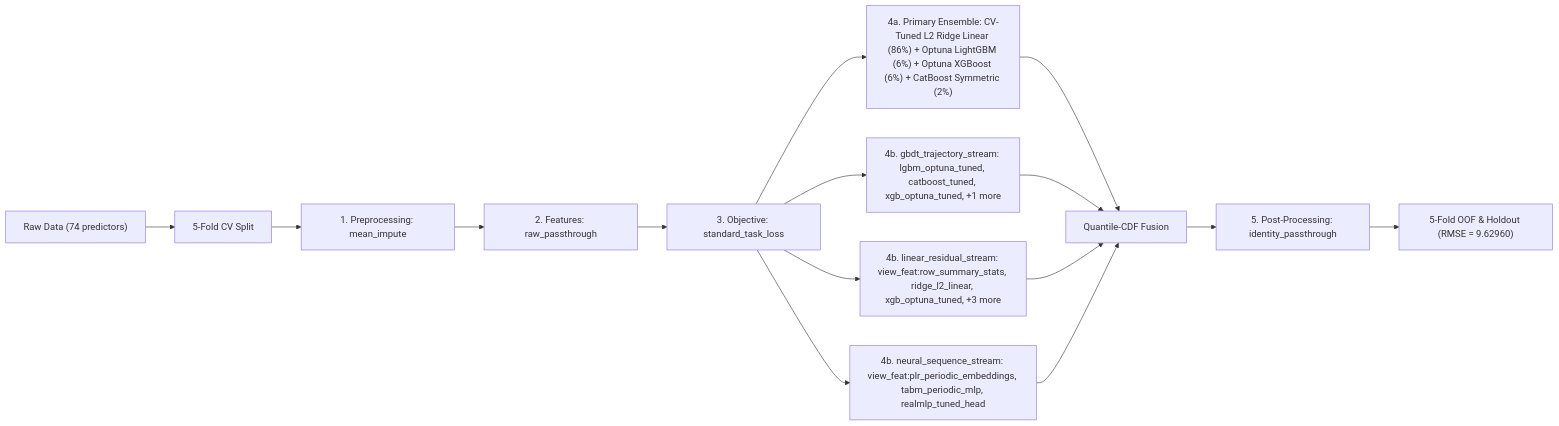
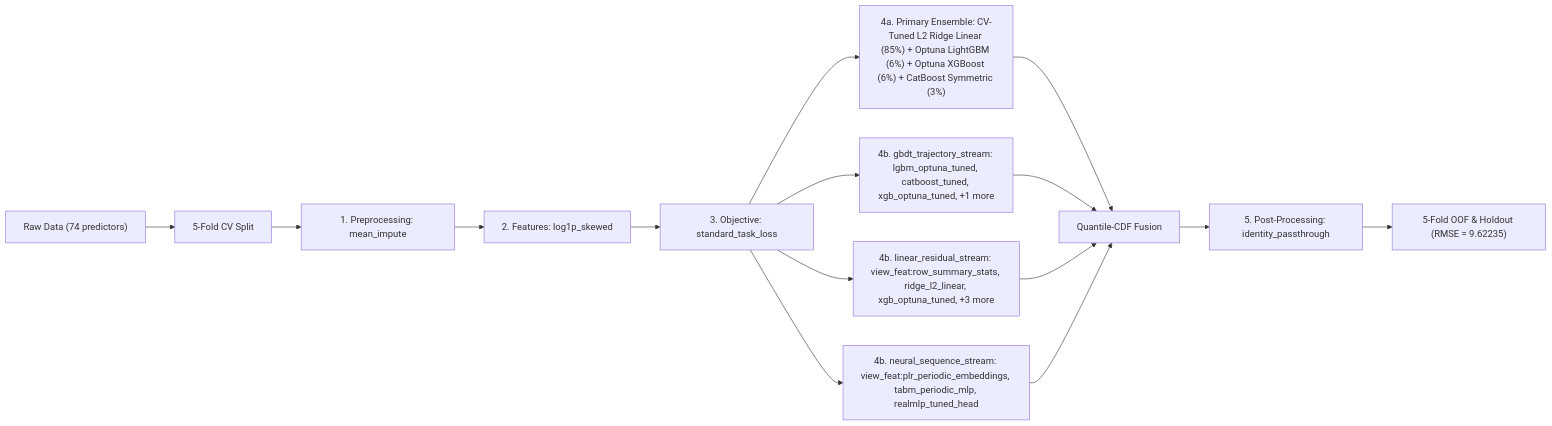
The diagram in README.md (stefanoclss/ROGII-Wellbore-Geology-Prediction), drawn with Mermaid before and after one commit. The commit also changed other lines of this file, not shown here.

First line of the commit message:
docs(readme): refresh verified OOF benchmark & build ledger (RMSE=9.62235)

````diff
--- a/README.md
+++ b/README.md
@@ -73,17 +74,17 @@
 ```mermaid
 flowchart LR
     DATA["Raw Data (74 predictors)"] --> SPLIT["5-Fold CV Split"]
     SPLIT --> PRE["1. Preprocessing: mean_impute"]
-    PRE --> FEAT["2. Features: raw_passthrough"]
+    PRE --> FEAT["2. Features: log1p_skewed"]
     FEAT --> OBJ["3. Objective: standard_task_loss"]
-    OBJ --> M0["4a. Primary Ensemble: CV-Tuned L2 Ridge Linear (86%) + Optuna LightGBM (6%) + Optuna XGBoost (6%) + CatBoost Symmetric (2%)"]
+    OBJ --> M0["4a. Primary Ensemble: CV-Tuned L2 Ridge Linear (85%) + Optuna LightGBM (6%) + Optuna XGBoost (6%) + CatBoost Symmetric (3%)"]
     M0 --> FUSE["Quantile-CDF Fusion"]
     OBJ --> S1["4b. gbdt_trajectory_stream: lgbm_optuna_tuned, catboost_tuned, xgb_optuna_tuned, +1 more"]
     S1 --> FUSE
     OBJ --> S2["4b. linear_residual_stream: view_feat:row_summary_stats, ridge_l2_linear, xgb_optuna_tuned, +3 more"]
     S2 --> FUSE
     OBJ --> S3["4b. neural_sequence_stream: view_feat:plr_periodic_embeddings, tabm_periodic_mlp, realmlp_tuned_head"]
     S3 --> FUSE
     FUSE --> POST["5. Post-Processing: identity_passthrough"]
-    POST --> OUT["5-Fold OOF & Holdout (RMSE = 9.62960)"]
+    POST --> OUT["5-Fold OOF & Holdout (RMSE = 9.62235)"]
 ```
````
